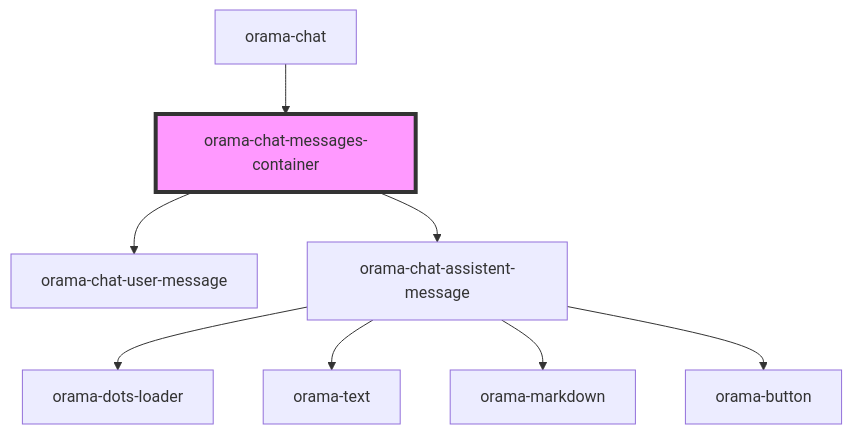
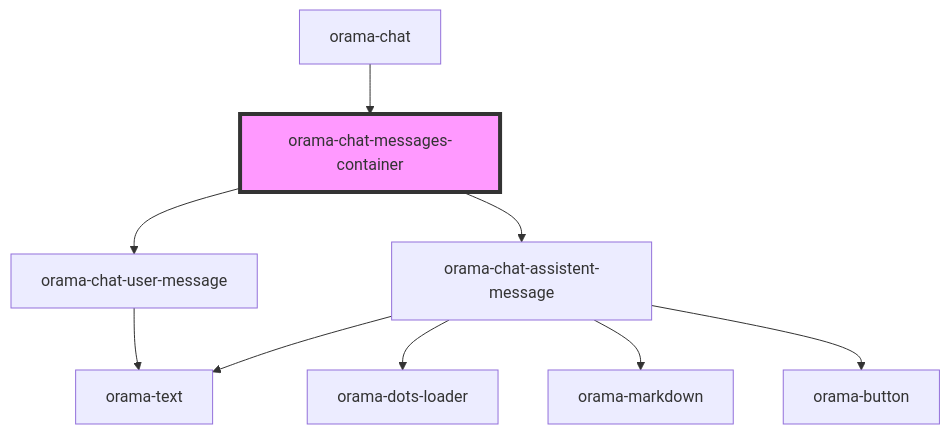
One commit to askorama/orama-ui-components changed the diagram in packages/ui-stencil/src/components/internal/orama-chat-messages-container/readme.md. Above: the diagram before and after it, drawn with Mermaid. The commit also changed 7 other files, not shown here.

Commit message:
fix: update user message title

````diff
--- a/packages/ui-stencil/src/components/internal/orama-chat-messages-container/readme.md
+++ b/packages/ui-stencil/src/components/internal/orama-chat-messages-container/readme.md
@@ -20,11 +20,12 @@
 ```mermaid
 graph TD;
   orama-chat-messages-container --> orama-chat-user-message
   orama-chat-messages-container --> orama-chat-assistent-message
+  orama-chat-user-message --> orama-text
   orama-chat-assistent-message --> orama-dots-loader
   orama-chat-assistent-message --> orama-text
   orama-chat-assistent-message --> orama-markdown
   orama-chat-assistent-message --> orama-button
   orama-chat --> orama-chat-messages-container
   style orama-chat-messages-container fill:#f9f,stroke:#333,stroke-width:4px
 ```
````
